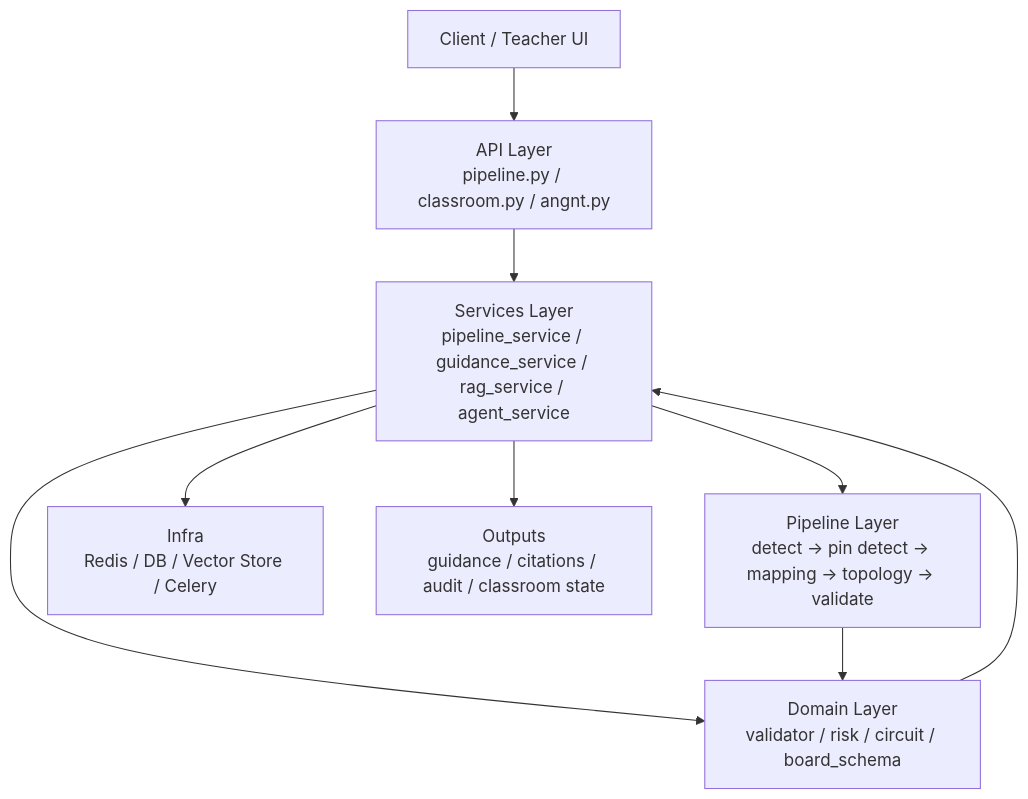
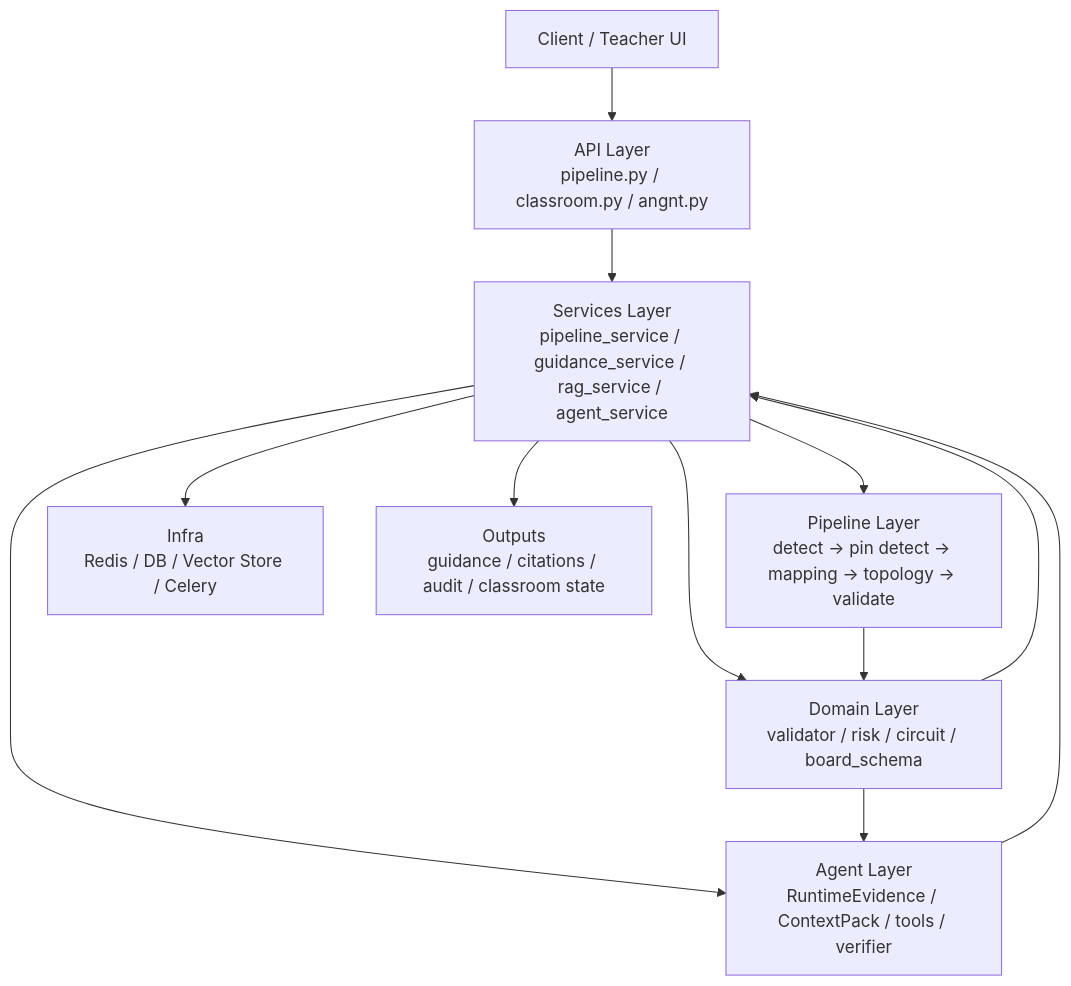
Before and after one commit to liusuan110/LabGuardian-Server: the diagram in docs/backend-architecture.md, drawn with Mermaid. The commit also changed other lines of this file and 9 other files, not shown here.

First line of the commit message:
feat: Enhance documentation and architecture for PCM Agent and RAG integration

````diff
--- a/docs/backend-architecture.md
+++ b/docs/backend-architecture.md
@@ -275,11 +285,14 @@
 ```mermaid
 flowchart TD
   A["Client / Teacher UI"] --> B["API Layer<br/>pipeline.py / classroom.py / angnt.py"]
   B --> C["Services Layer<br/>pipeline_service / guidance_service / rag_service / agent_service"]
   C --> D["Domain Layer<br/>validator / risk / circuit / board_schema"]
+  C --> H["Agent Layer<br/>RuntimeEvidence / ContextPack / tools / verifier"]
   C --> E["Pipeline Layer<br/>detect -> pin detect -> mapping -> topology -> validate"]
   C --> F["Infra<br/>Redis / DB / Vector Store / Celery"]
   E --> D
   D --> C
+  D --> H
+  H --> C
   C --> G["Outputs<br/>guidance / citations / audit / classroom state"]
 ```
````
